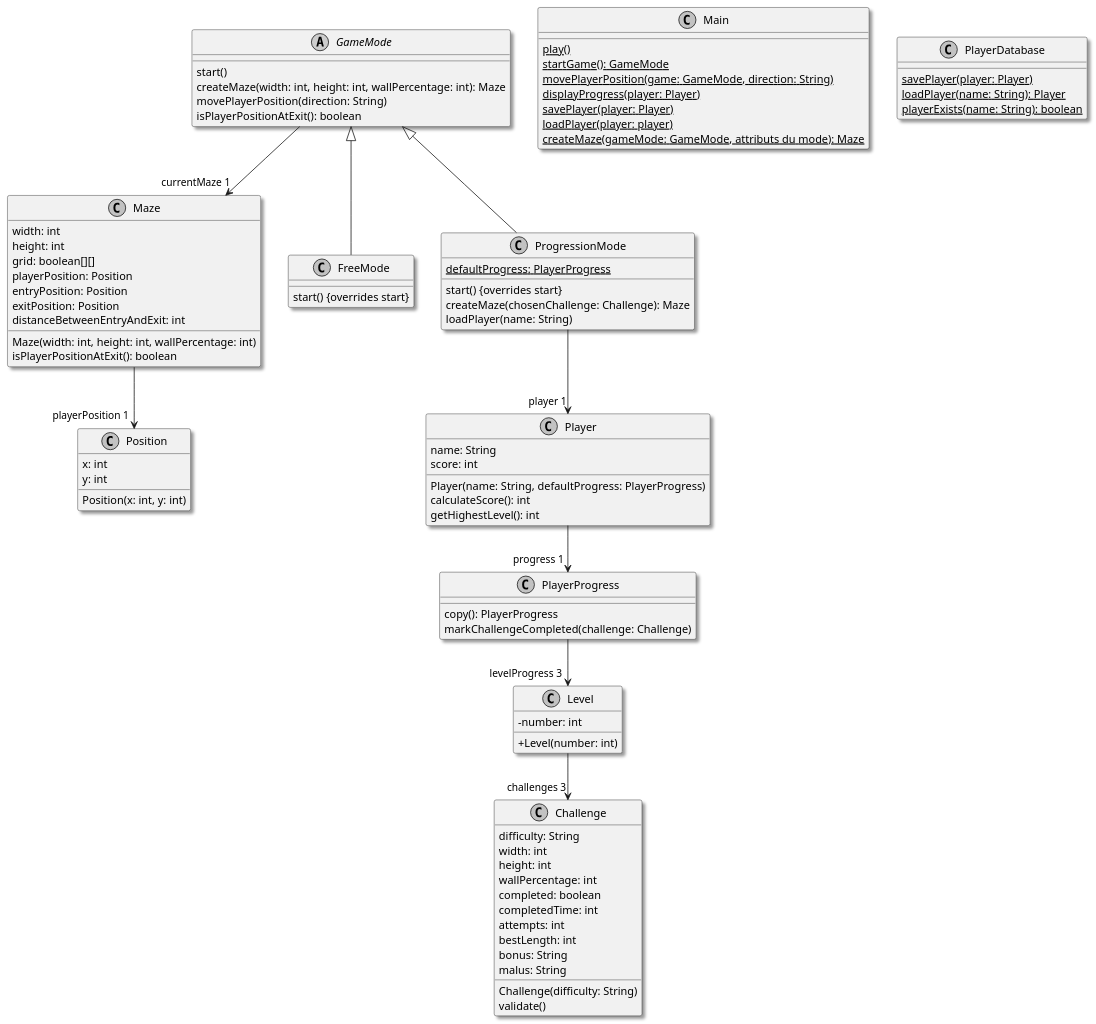
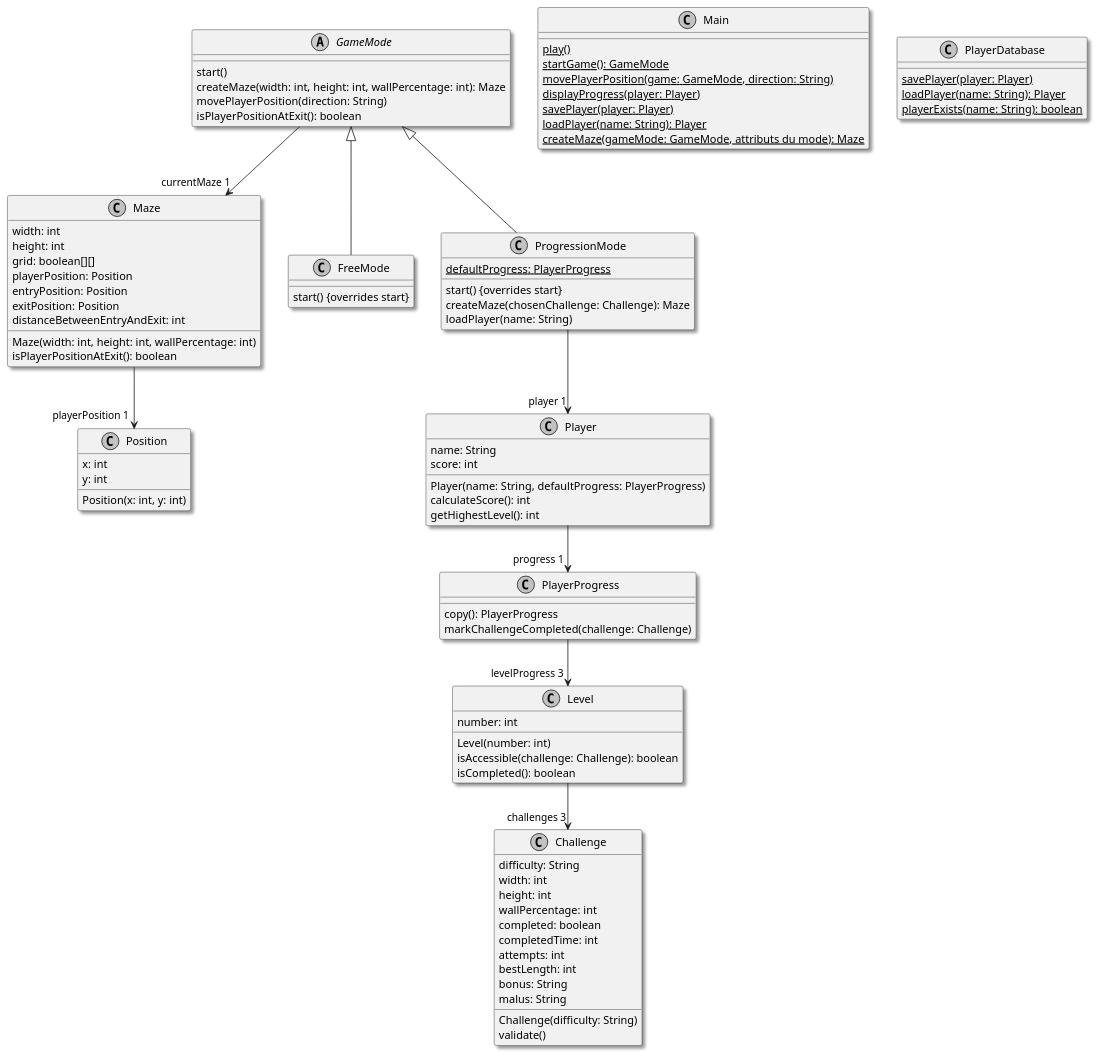
Before and after one commit to blavogiez/developpement-modulab-Semestre3: the diagram in rapports/analyse/diagramme_classes.puml, drawn with PlantUML. The commit also changed 4 other files, not shown here.

```diff
--- a/rapports/analyse/diagramme_classes.puml
+++ b/rapports/analyse/diagramme_classes.puml
@@ -1,101 +1,103 @@
 @startuml
 skinparam monochrome true
 skinparam shadowing true
 skinparam classAttributeIconSize 0
 
 class Maze {
   width: int
   height: int
   grid: boolean[][]
   playerPosition: Position
   entryPosition: Position
   exitPosition: Position
   distanceBetweenEntryAndExit: int
   Maze(width: int, height: int, wallPercentage: int)
   isPlayerPositionAtExit(): boolean
 }
 
 class Player {
   name: String
   score: int
   Player(name: String, defaultProgress: PlayerProgress)
   calculateScore(): int
   getHighestLevel(): int
 }
 
 class PlayerProgress {
   copy(): PlayerProgress
   markChallengeCompleted(challenge: Challenge)
 }
 
 class Position {
   x: int
   y: int
   Position(x: int, y: int)
 }
 
 abstract class GameMode {
   start()
   createMaze(width: int, height: int, wallPercentage: int): Maze
   movePlayerPosition(direction: String)
   isPlayerPositionAtExit(): boolean
 }
 
 class FreeMode {
   start() {overrides start}
 }
 
 class ProgressionMode {
   start() {overrides start}
   createMaze(chosenChallenge: Challenge): Maze
   loadPlayer(name: String)
   {static} defaultProgress: PlayerProgress
 }
 
 class Level {
-  - number: int
-  + Level(number: int)
+  number: int
+  Level(number: int)
+  isAccessible(challenge: Challenge): boolean
+  isCompleted(): boolean
 }
 
 class Challenge {
   difficulty: String
   width: int
   height: int
   wallPercentage: int
   completed: boolean
   completedTime: int
   attempts: int
   bestLength: int
   bonus: String
   malus: String
   Challenge(difficulty: String)
   validate()
 }
 
 class Main {
   {static} play()
   {static} startGame(): GameMode
   {static} movePlayerPosition(game: GameMode, direction: String)
   {static} displayProgress(player: Player)
   {static} savePlayer(player: Player)
-  {static} loadPlayer(player: player)
+  {static} loadPlayer(name: String): Player
   {static} createMaze(gameMode: GameMode, attributs du mode): Maze
  
   'displayProgress(player: Player)'
 }
 
 class PlayerDatabase {
   {static} savePlayer(player: Player)
   {static} loadPlayer(name: String): Player
   {static} playerExists(name: String): boolean
 }
 
 Maze --> "playerPosition 1" Position
 GameMode --> "currentMaze 1" Maze
 GameMode <|-- FreeMode
 GameMode <|-- ProgressionMode
 ProgressionMode --> "player 1" Player
 Level --> "challenges 3" Challenge
 Player --> "progress 1" PlayerProgress
 PlayerProgress --> "levelProgress 3" Level
 @enduml
```
